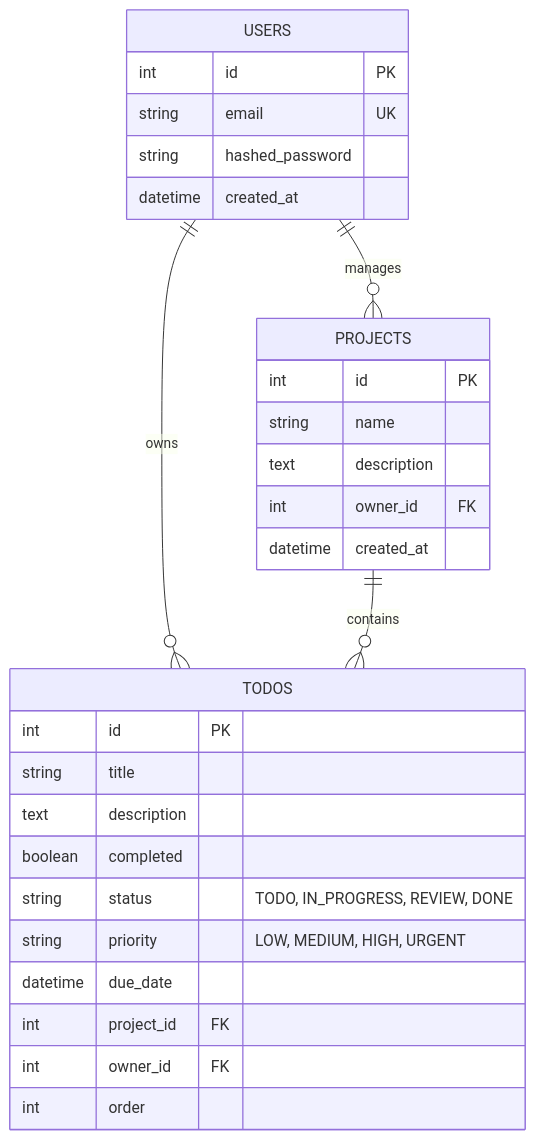
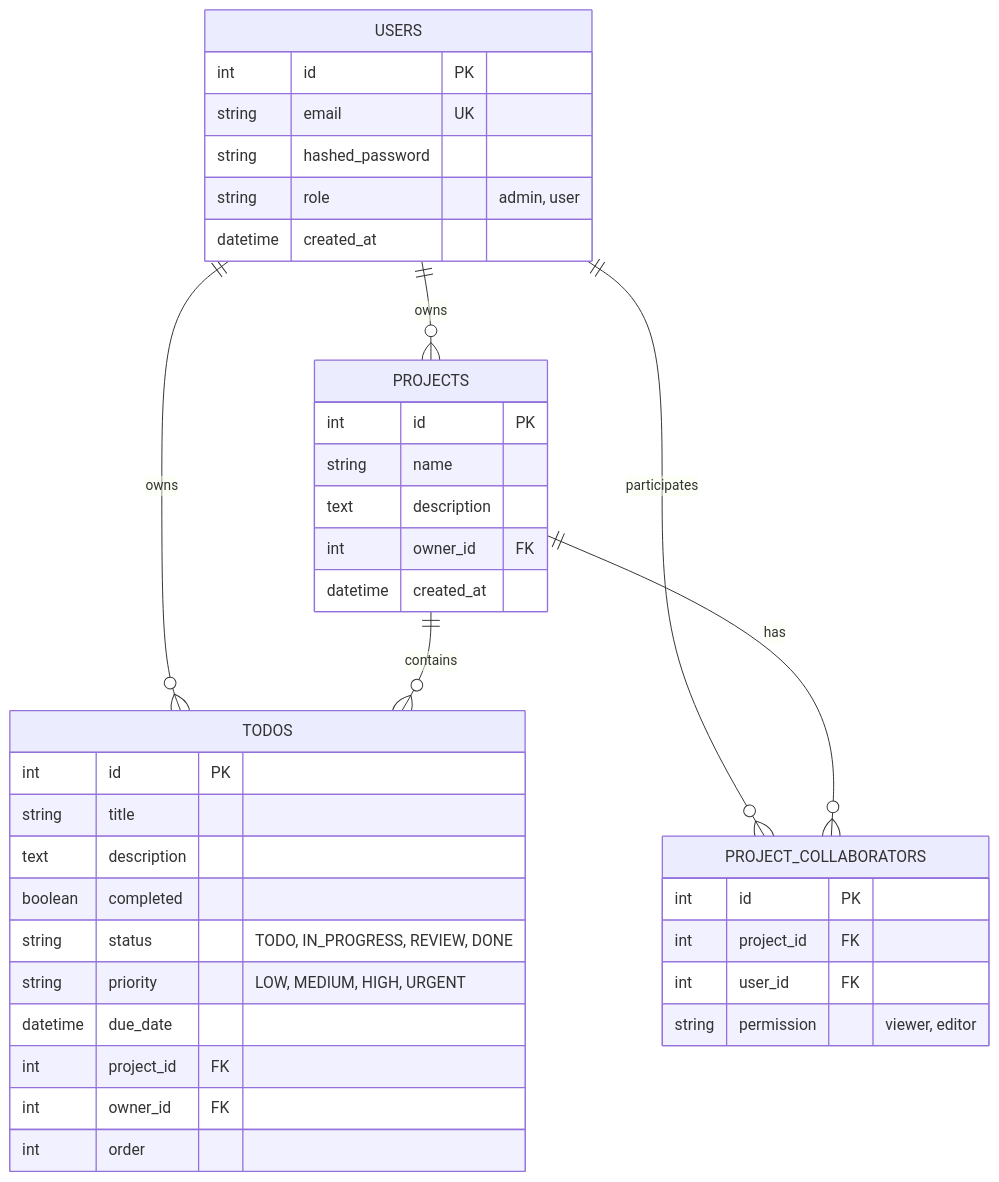
The second of 2 diagrams in README.md (rtiak-ops/251025), drawn with Mermaid before and after one commit. The commit also changed other lines of this file and 13 other files, not shown here.

````diff
--- a/README.md
+++ b/README.md
@@ -102,32 +112,41 @@
 ```mermaid
 erDiagram
-    USERS ||--o{ PROJECTS : "manages"
+    USERS ||--o{ PROJECTS : "owns"
     USERS ||--o{ TODOS : "owns"
     PROJECTS ||--o{ TODOS : "contains"
+    USERS ||--o{ PROJECT_COLLABORATORS : "participates"
+    PROJECTS ||--o{ PROJECT_COLLABORATORS : "has"
 
     USERS {
         int id PK
         string email UK
         string hashed_password
+        string role "admin, user"
         datetime created_at
     }
     PROJECTS {
         int id PK
         string name
         text description
         int owner_id FK
         datetime created_at
+    }
+    PROJECT_COLLABORATORS {
+        int id PK
+        int project_id FK
+        int user_id FK
+        string permission "viewer, editor"
     }
     TODOS {
         int id PK
         string title
         text description
         boolean completed
         string status "TODO, IN_PROGRESS, REVIEW, DONE"
         string priority "LOW, MEDIUM, HIGH, URGENT"
         datetime due_date
         int project_id FK
         int owner_id FK
         int order
     }
 ```
````
